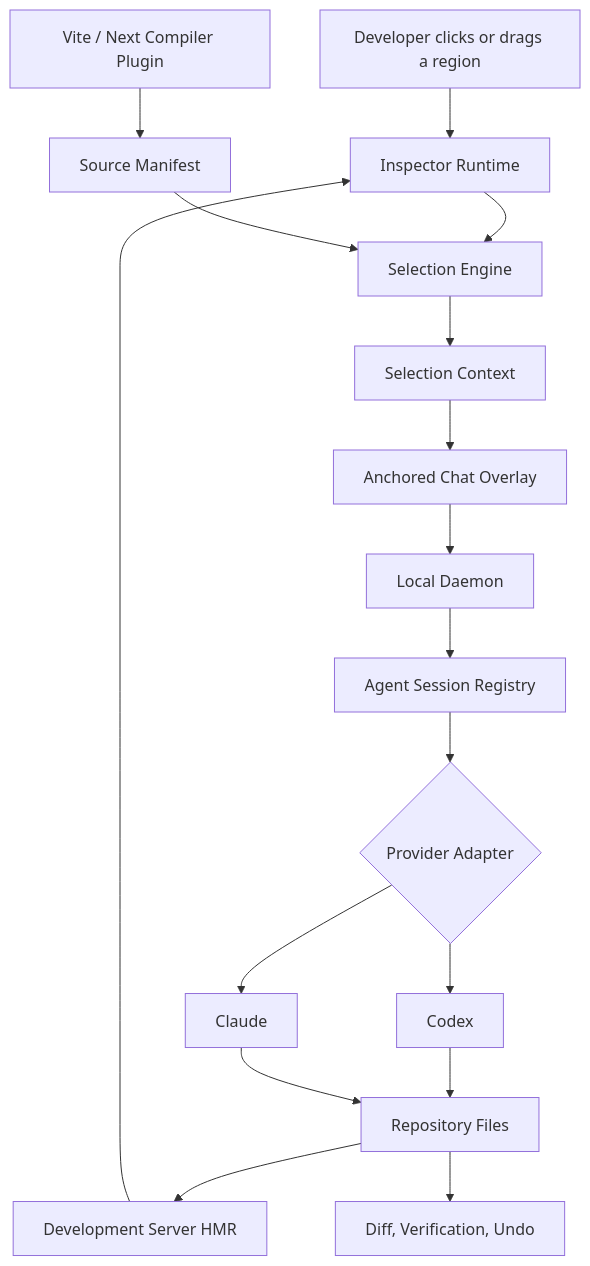
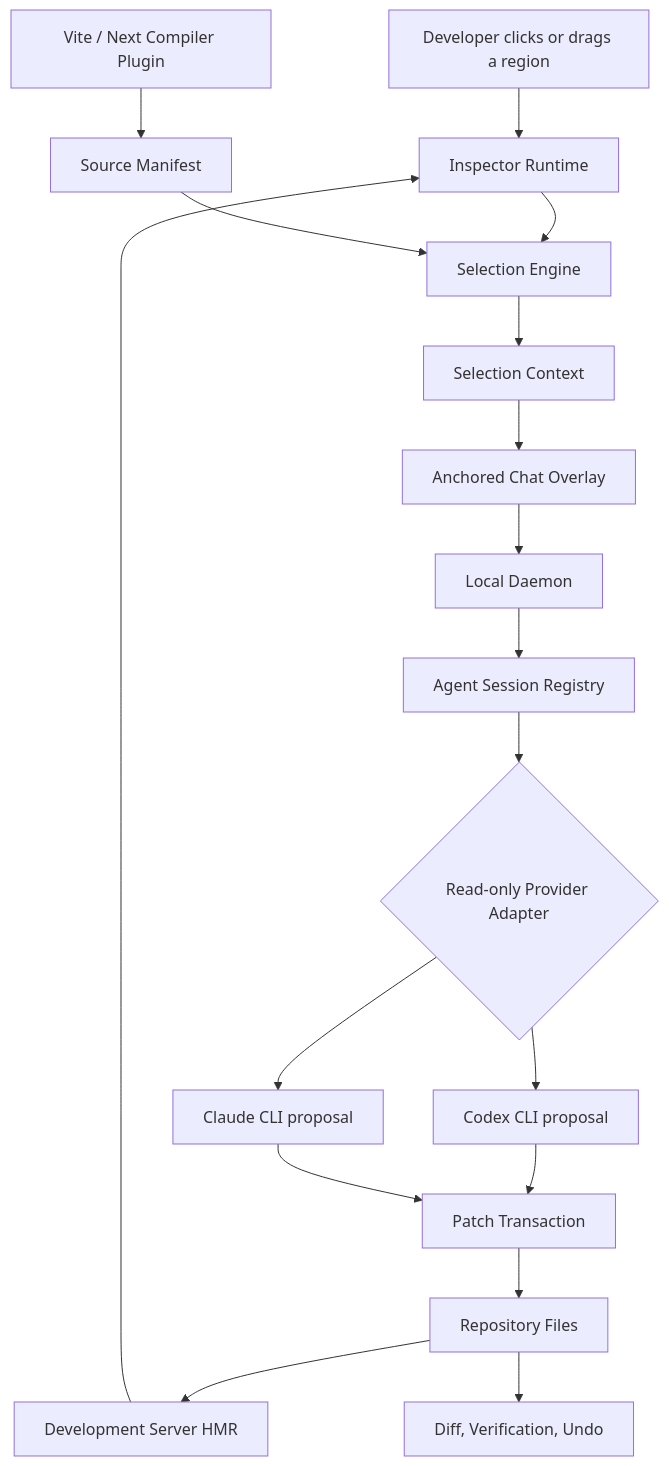
One commit to TQCuong241/PatchLens-AI changed the second of 2 diagrams in README.md. Above: the diagram before and after it, drawn with Mermaid. The commit also changed other lines of this file and 33 other files, not shown here.

````diff
--- a/README.md
+++ b/README.md
@@ -254,19 +277,20 @@
 ```mermaid
 flowchart TD
     User["Developer clicks or drags a region"] --> Inspector["Inspector Runtime"]
     Compiler["Vite / Next Compiler Plugin"] --> Manifest["Source Manifest"]
     Inspector --> Selection["Selection Engine"]
     Manifest --> Selection
     Selection --> Context["Selection Context"]
     Context --> Chat["Anchored Chat Overlay"]
     Chat --> Daemon["Local Daemon"]
     Daemon --> Registry["Agent Session Registry"]
-    Registry --> Adapter{"Provider Adapter"}
-    Adapter --> Codex["Codex"]
-    Adapter --> Claude["Claude"]
-    Codex --> Files["Repository Files"]
-    Claude --> Files
+    Registry --> Adapter{"Read-only Provider Adapter"}
+    Adapter --> Codex["Codex CLI proposal"]
+    Adapter --> Claude["Claude CLI proposal"]
+    Codex --> Transaction["Patch Transaction"]
+    Claude --> Transaction
+    Transaction --> Files["Repository Files"]
     Files --> HMR["Development Server HMR"]
     HMR --> Inspector
     Files --> Review["Diff, Verification, Undo"]
 ```
````
